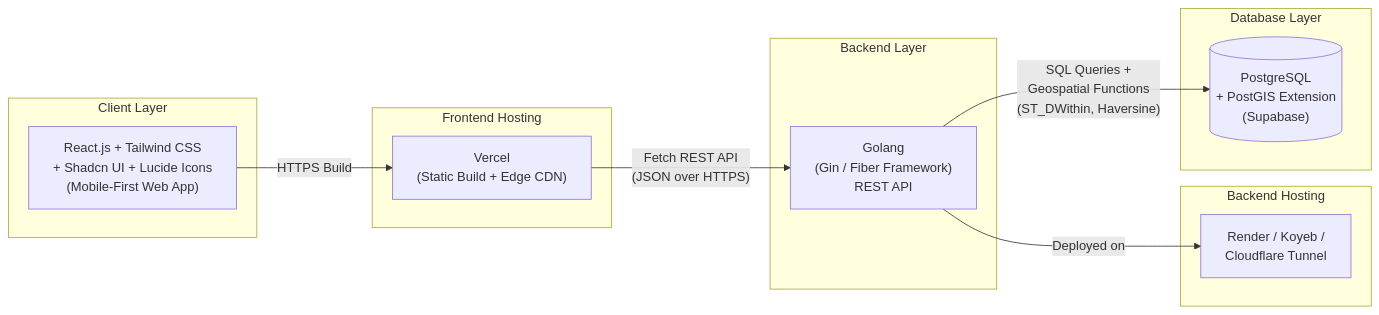
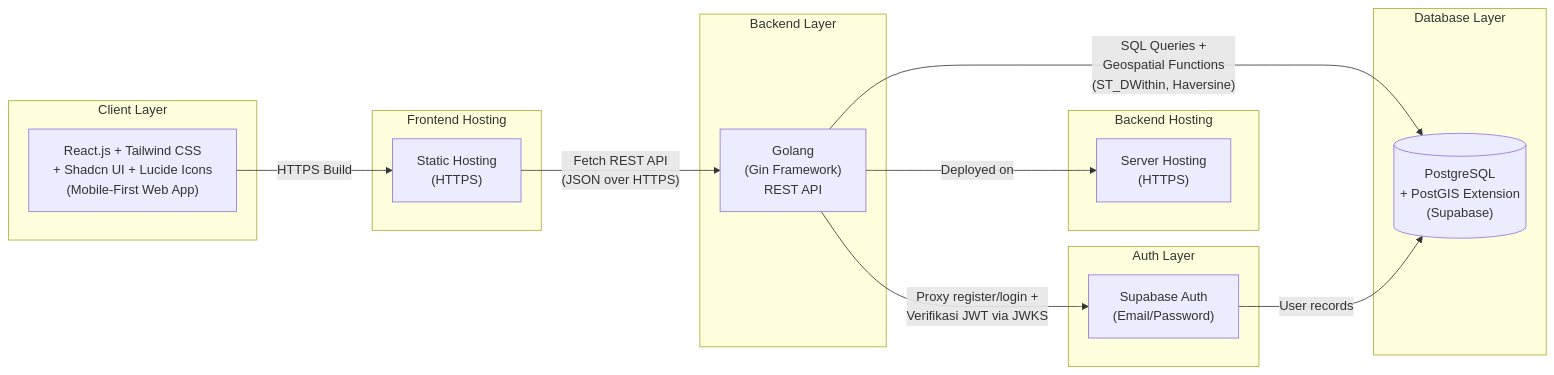
Before and after one commit to FathRq/ShareKampus: the diagram in note/ARCH.md, drawn with Mermaid. The commit also changed other lines of this file, not shown here.

````diff
--- a/note/ARCH.md
+++ b/note/ARCH.md
@@ -10,27 +10,33 @@
 ```mermaid
 flowchart LR
     subgraph Client["Client Layer"]
         A["React.js + Tailwind CSS<br/>+ Shadcn UI + Lucide Icons<br/>(Mobile-First Web App)"]
     end
 
     subgraph Frontend_Hosting["Frontend Hosting"]
-        B["Vercel<br/>(Static Build + Edge CDN)"]
+        B["Static Hosting<br/>(HTTPS)"]
     end
 
     subgraph Backend["Backend Layer"]
-        C["Golang<br/>(Gin / Fiber Framework)<br/>REST API"]
+        C["Golang<br/>(Gin Framework)<br/>REST API"]
     end
 
     subgraph Backend_Hosting["Backend Hosting"]
-        D["Render / Koyeb /<br/>Cloudflare Tunnel"]
+        D["Server Hosting<br/>(HTTPS)"]
+    end
+
+    subgraph Auth["Auth Layer"]
+        F["Supabase Auth<br/>(Email/Password)"]
     end
 
     subgraph Database["Database Layer"]
         E[("PostgreSQL<br/>+ PostGIS Extension<br/>(Supabase)")]
     end
 
     A -->|"HTTPS Build"| B
     B -->|"Fetch REST API<br/>(JSON over HTTPS)"| C
     C -->|"Deployed on"| D
+    C -->|"Proxy register/login +<br/>Verifikasi JWT via JWKS"| F
     C -->|"SQL Queries +<br/>Geospatial Functions<br/>(ST_DWithin, Haversine)"| E
+    F -->|"User records"| E
 ```
````
